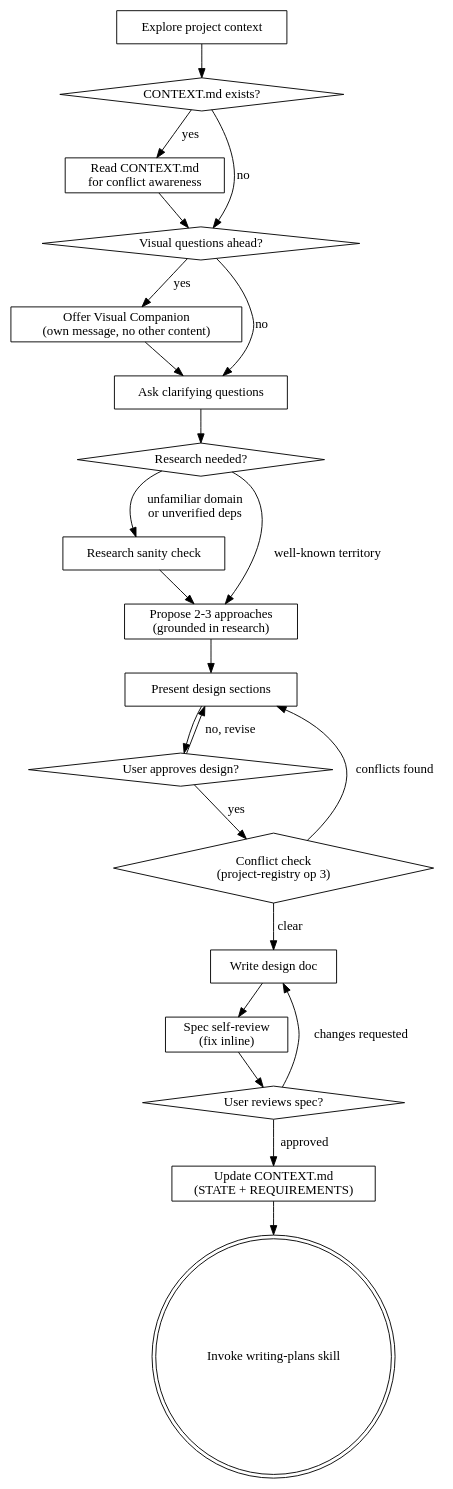
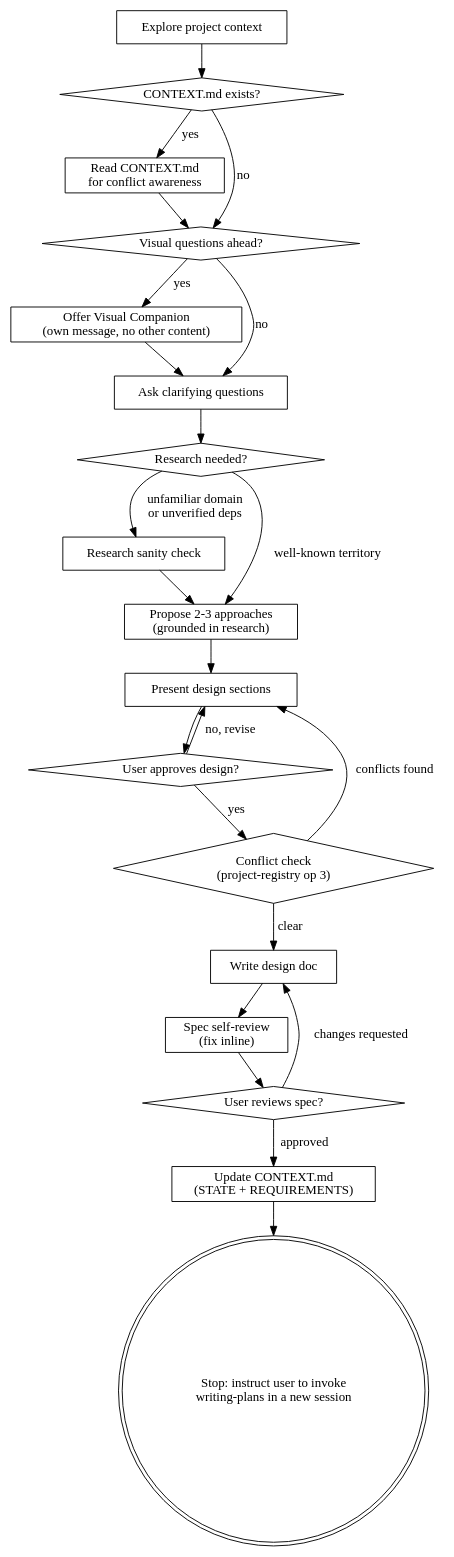
The diagram in skills/brainstorming/SKILL.md (jacek2v/superpowers-j2v), drawn with Graphviz before and after one commit. The commit also changed other lines of this file, not shown here.

First line of the commit message:
brainstorming: end session at hand-off instead of invoking writing-plans

````diff
--- a/skills/brainstorming/SKILL.md
+++ b/skills/brainstorming/SKILL.md
@@ -51,44 +51,44 @@
 ```dot
 digraph brainstorming {
     "Explore project context" [shape=box];
     "CONTEXT.md exists?" [shape=diamond];
     "Read CONTEXT.md\nfor conflict awareness" [shape=box];
     "Visual questions ahead?" [shape=diamond];
     "Offer Visual Companion\n(own message, no other content)" [shape=box];
     "Ask clarifying questions" [shape=box];
     "Research needed?" [shape=diamond];
     "Research sanity check" [shape=box];
     "Propose 2-3 approaches\n(grounded in research)" [shape=box];
     "Present design sections" [shape=box];
     "User approves design?" [shape=diamond];
     "Write design doc" [shape=box];
     "Spec self-review\n(fix inline)" [shape=box];
     "User reviews spec?" [shape=diamond];
     "Update CONTEXT.md\n(STATE + REQUIREMENTS)" [shape=box];
-    "Invoke writing-plans skill" [shape=doublecircle];
+    "Stop: instruct user to invoke\nwriting-plans in a new session" [shape=doublecircle];
 
     "Explore project context" -> "CONTEXT.md exists?";
     "CONTEXT.md exists?" -> "Read CONTEXT.md\nfor conflict awareness" [label="yes"];
     "CONTEXT.md exists?" -> "Visual questions ahead?" [label="no"];
     "Read CONTEXT.md\nfor conflict awareness" -> "Visual questions ahead?";
     "Visual questions ahead?" -> "Offer Visual Companion\n(own message, no other content)" [label="yes"];
     "Visual questions ahead?" -> "Ask clarifying questions" [label="no"];
     "Offer Visual Companion\n(own message, no other content)" -> "Ask clarifying questions";
     "Ask clarifying questions" -> "Research needed?";
     "Research needed?" -> "Research sanity check" [label="unfamiliar domain\nor unverified deps"];
     "Research needed?" -> "Propose 2-3 approaches\n(grounded in research)" [label="well-known territory"];
     "Research sanity check" -> "Propose 2-3 approaches\n(grounded in research)";
     "Propose 2-3 approaches\n(grounded in research)" -> "Present design sections";
     "Present design sections" -> "User approves design?";
     "User approves design?" -> "Present design sections" [label="no, revise"];
     "User approves design?" -> "Conflict check\n(project-registry op 3)" [label="yes"];
     "Conflict check\n(project-registry op 3)" [shape=diamond];
     "Conflict check\n(project-registry op 3)" -> "Present design sections" [label="conflicts found"];
     "Conflict check\n(project-registry op 3)" -> "Write design doc" [label="clear"];
     "Write design doc" -> "Spec self-review\n(fix inline)";
     "Spec self-review\n(fix inline)" -> "User reviews spec?";
     "User reviews spec?" -> "Write design doc" [label="changes requested"];
     "User reviews spec?" -> "Update CONTEXT.md\n(STATE + REQUIREMENTS)" [label="approved"];
-    "Update CONTEXT.md\n(STATE + REQUIREMENTS)" -> "Invoke writing-plans skill";
+    "Update CONTEXT.md\n(STATE + REQUIREMENTS)" -> "Stop: instruct user to invoke\nwriting-plans in a new session";
 }
 ```
````
